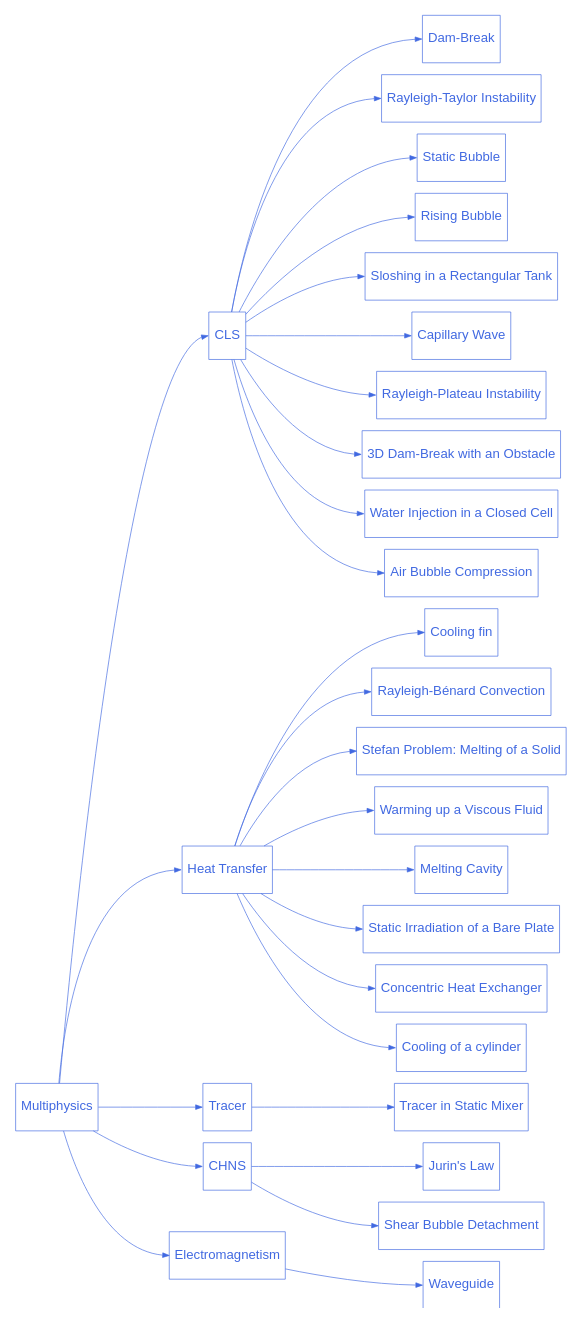
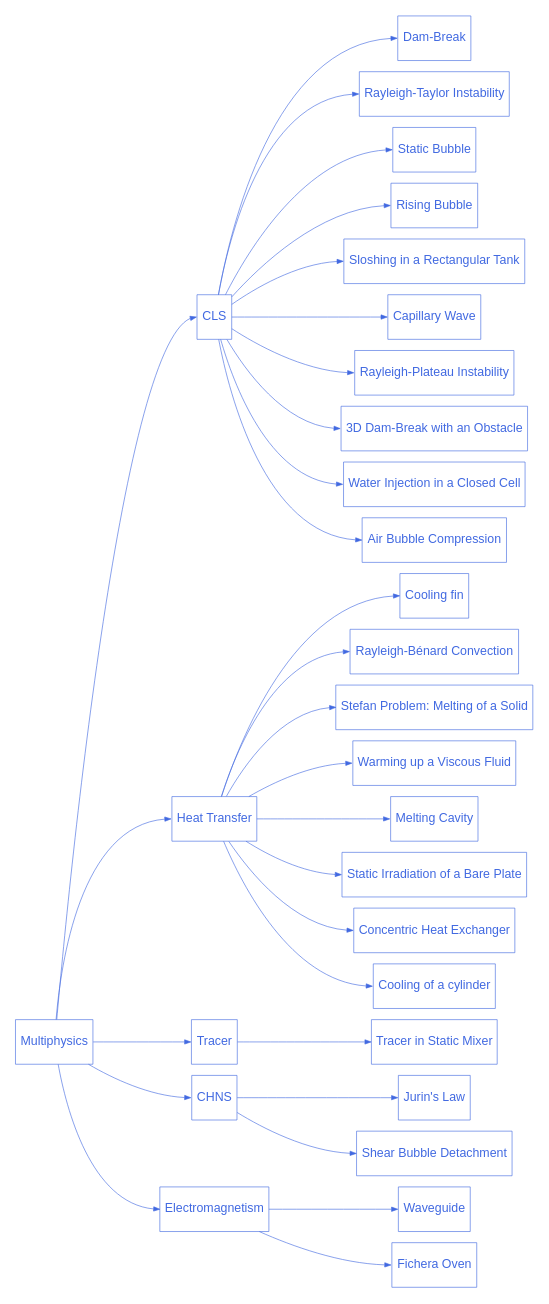
Before and after one commit to chaos-polymtl/lethe: the diagram in doc/source/examples/multiphysics/multiphysics.rst, drawn with Graphviz. The commit also changed 14 other files, not shown here.

```diff
--- a/doc/source/examples/multiphysics/multiphysics.rst
+++ b/doc/source/examples/multiphysics/multiphysics.rst
@@ -77,6 +77,7 @@
       multiphysics_5 [label="Electromagnetism", href="https://chaos-polymtl.github.io/lethe/documentation/examples/multiphysics/electromagnetism.html"];
 
       multiphysics_5_1 [label="Waveguide", href="https://chaos-polymtl.github.io/lethe/documentation/examples/multiphysics/waveguide/waveguide.html"];
+      multiphysics_5_2 [label="Fichera Oven", href="https://chaos-polymtl.github.io/lethe/documentation/examples/multiphysics/fichera-oven/fichera-oven.html"];
 
 
       multiphysics -> multiphysics_1:w;
@@ -111,4 +112,5 @@
       multiphysics_4 -> multiphysics_4_2:w;
 
       multiphysics_5 -> multiphysics_5_1:w;
+      multiphysics_5 -> multiphysics_5_2:w;
     }
```
